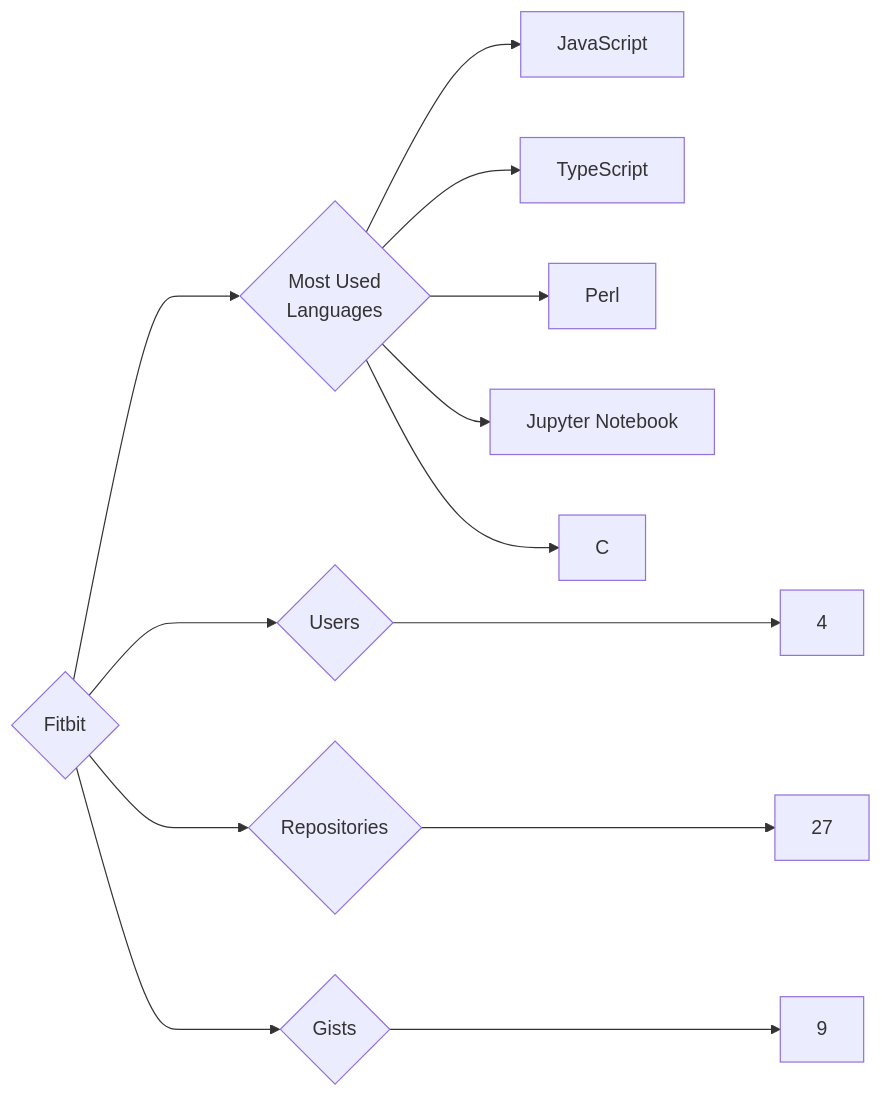
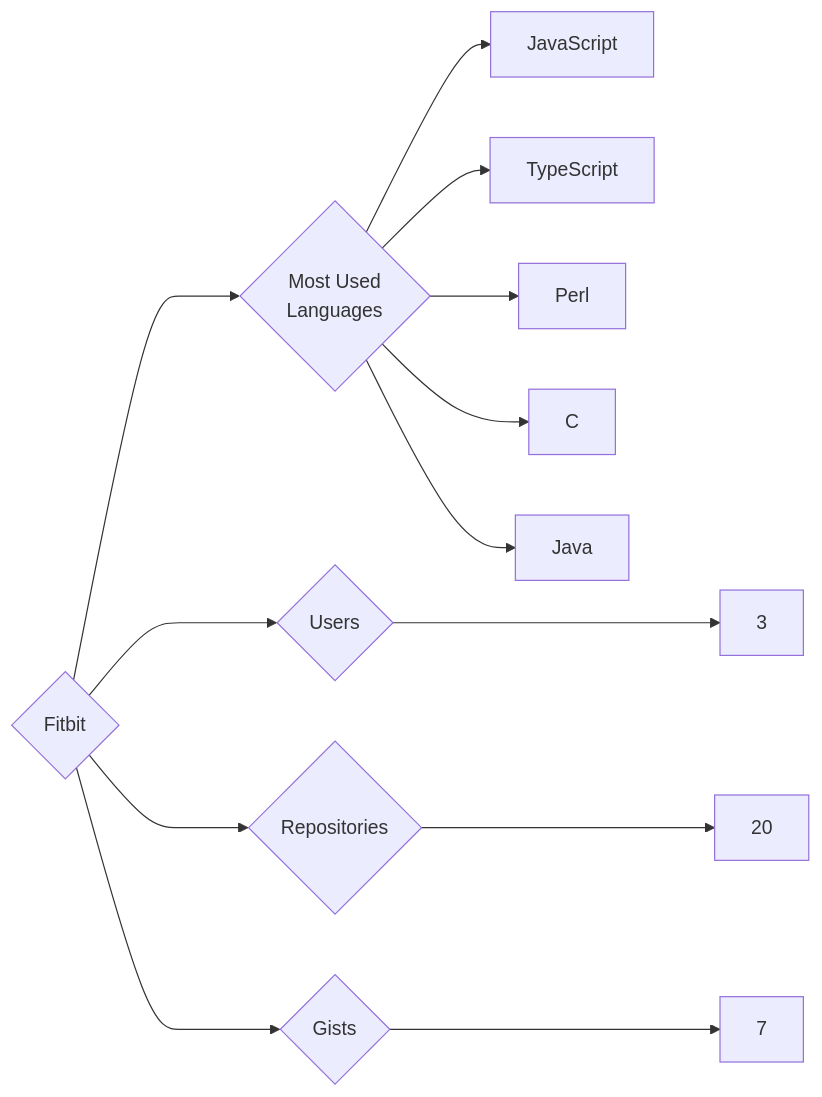
The diagram in targets/Fitbit/README.md (trickest/insiders), drawn with Mermaid before and after one commit. The commit also changed 1055 other files, not shown here.

````diff
--- a/targets/Fitbit/README.md
+++ b/targets/Fitbit/README.md
@@ -3,13 +3,13 @@
 ```mermaid
 graph LR
 COMPANY_NAME{Fitbit}
-COMPANY_NAME ---> U{Users} ---> UN[4]
-COMPANY_NAME ---> R{Repositories} ---> RN[27]
-COMPANY_NAME ---> G{Gists} ---> GN[9]
+COMPANY_NAME ---> U{Users} ---> UN[3]
+COMPANY_NAME ---> R{Repositories} ---> RN[20]
+COMPANY_NAME ---> G{Gists} ---> GN[7]
 COMPANY_NAME ---> ML{Most Used<br>Languages}
 ML --> JavaScript[JavaScript]
 ML --> TypeScript[TypeScript]
 ML --> Perl[Perl]
-ML --> Jupyter_Notebook[Jupyter Notebook]
 ML --> C[C]
+ML --> Java[Java]
 ```
````
